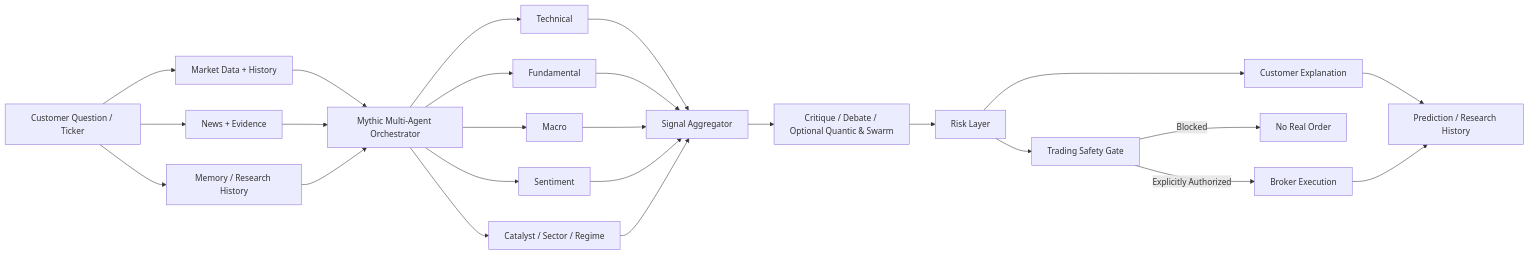
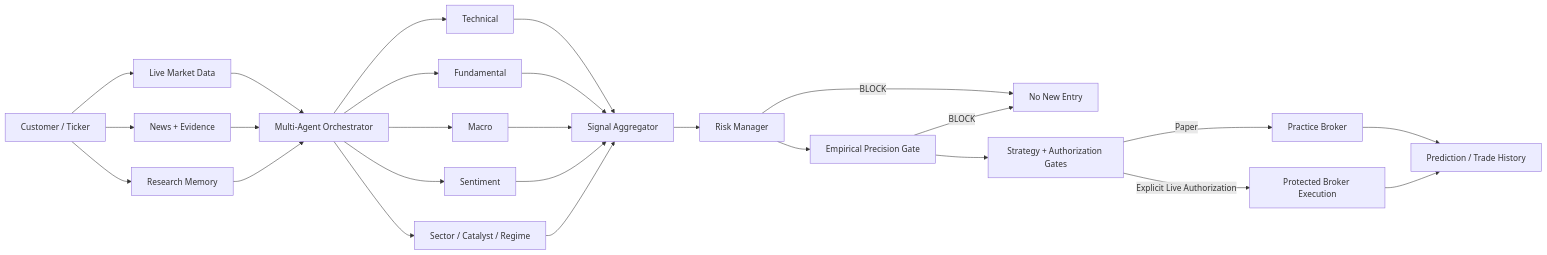
One commit to logeshv586-code/AITradra changed the first of 2 diagrams in README.md. Above: the diagram before and after it, drawn with Mermaid. The commit also changed other lines of this file, not shown here.

````diff
--- a/README.md
+++ b/README.md
@@ -110,32 +106,33 @@
 ```mermaid
 flowchart LR
-    U[Customer Question / Ticker] --> D[Market Data + History]
+    U[Customer / Ticker] --> D[Live Market Data]
     U --> N[News + Evidence]
-    U --> M[Memory / Research History]
+    U --> M[Research Memory]
 
-    D --> O[Mythic Multi-Agent Orchestrator]
+    D --> O[Multi-Agent Orchestrator]
     N --> O
     M --> O
 
     O --> T[Technical]
     O --> F[Fundamental]
     O --> MA[Macro]
     O --> S[Sentiment]
-    O --> C[Catalyst / Sector / Regime]
+    O --> C[Sector / Catalyst / Regime]
 
     T --> A[Signal Aggregator]
     F --> A
     MA --> A
     S --> A
     C --> A
 
-    A --> Q[Critique / Debate / Optional Quantic & Swarm]
-    Q --> R[Risk Layer]
-    R --> X[Customer Explanation]
-    R --> G[Trading Safety Gate]
-    G -->|Blocked| B[No Real Order]
-    G -->|Explicitly Authorized| E[Broker Execution]
+    A --> R[Risk Manager]
+    R -->|BLOCK| X[No New Entry]
+    R --> P[Empirical Precision Gate]
+    P -->|BLOCK| X
+    P --> V[Strategy + Authorization Gates]
+    V -->|Paper| PB[Practice Broker]
+    V -->|Explicit Live Authorization| LB[Protected Broker Execution]
 
-    X --> H[Prediction / Research History]
-    E --> H
+    PB --> H[Prediction / Trade History]
+    LB --> H
 ```
````
